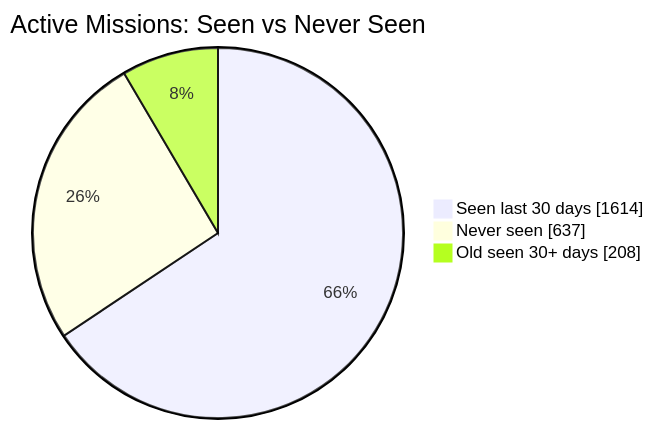
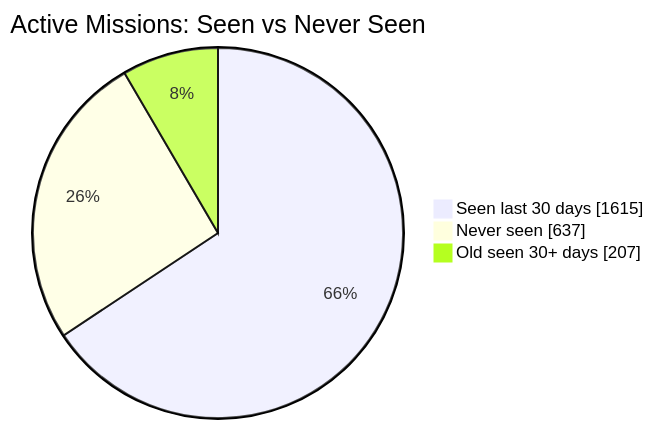
One commit to MeldkamerspelGameTeam/active-missions changed the first of 2 diagrams in README.md. Above: the diagram before and after it, drawn with Mermaid. The commit also changed other lines of this file and 3 other files, not shown here.

````diff
--- a/README.md
+++ b/README.md
@@ -34,7 +34,7 @@
 ```mermaid
 pie showData
     title Active Missions: Seen vs Never Seen
-    "Seen last 30 days" : 1614
+    "Seen last 30 days" : 1615
     "Never seen" : 637
-    "Old seen 30+ days" : 208
+    "Old seen 30+ days" : 207
 ```
````
